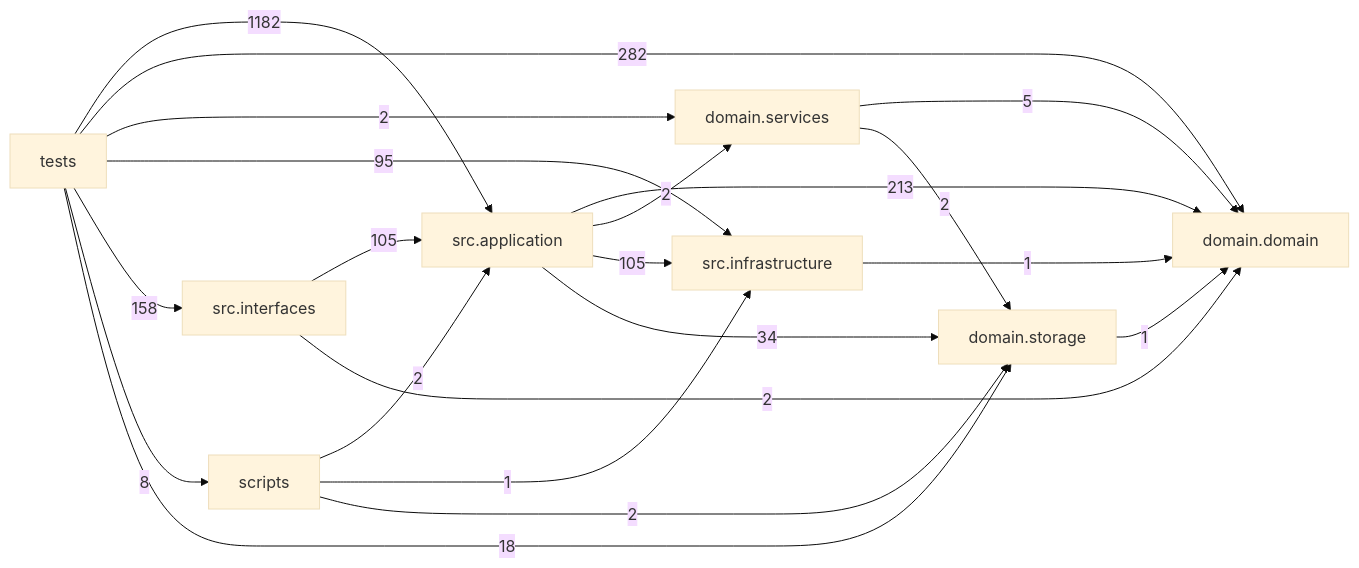
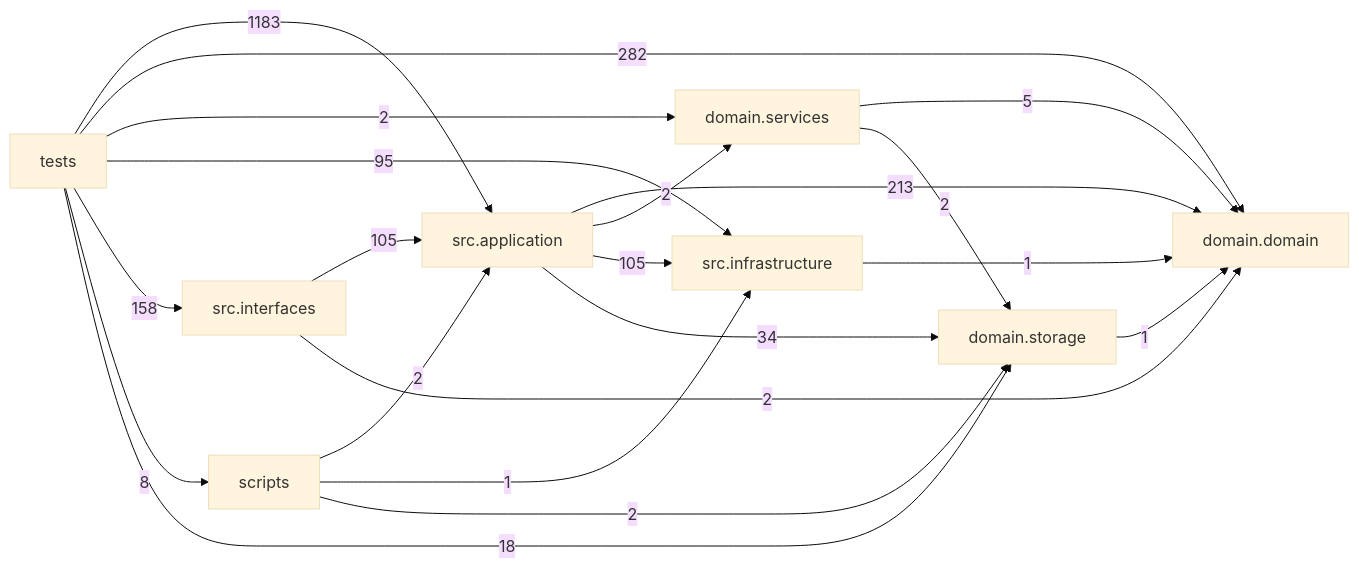
One commit to liuxie066/options-monitor changed the diagram in docs/DEPENDENCY_GRAPH.md. Above: the diagram before and after it, drawn with Mermaid (base theme). The commit also changed other lines of this file and 4 other files, not shown here.

````diff
--- a/docs/DEPENDENCY_GRAPH.md
+++ b/docs/DEPENDENCY_GRAPH.md
@@ -24,31 +24,31 @@
 ```mermaid
 flowchart LR
   tests["tests"]
   scripts["scripts"]
   interfaces["src.interfaces"]
   application["src.application"]
   infrastructure["src.infrastructure"]
   domain_services["domain.services"]
   domain["domain.domain"]
   storage["domain.storage"]
   application -->|213| domain
   application -->|2| domain_services
   application -->|105| infrastructure
   application -->|34| storage
   domain_services -->|5| domain
   domain_services -->|2| storage
   infrastructure -->|1| domain
   interfaces -->|105| application
   interfaces -->|2| domain
   scripts -->|2| application
   scripts -->|1| infrastructure
   scripts -->|2| storage
   storage -->|1| domain
-  tests -->|1182| application
+  tests -->|1183| application
   tests -->|282| domain
   tests -->|2| domain_services
   tests -->|95| infrastructure
   tests -->|158| interfaces
   tests -->|8| scripts
   tests -->|18| storage
 ```
````
